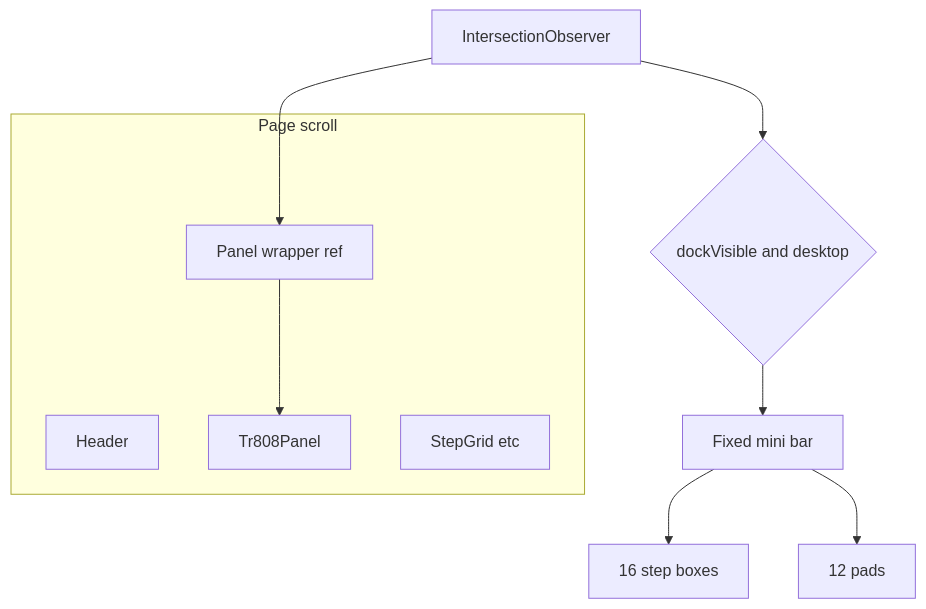
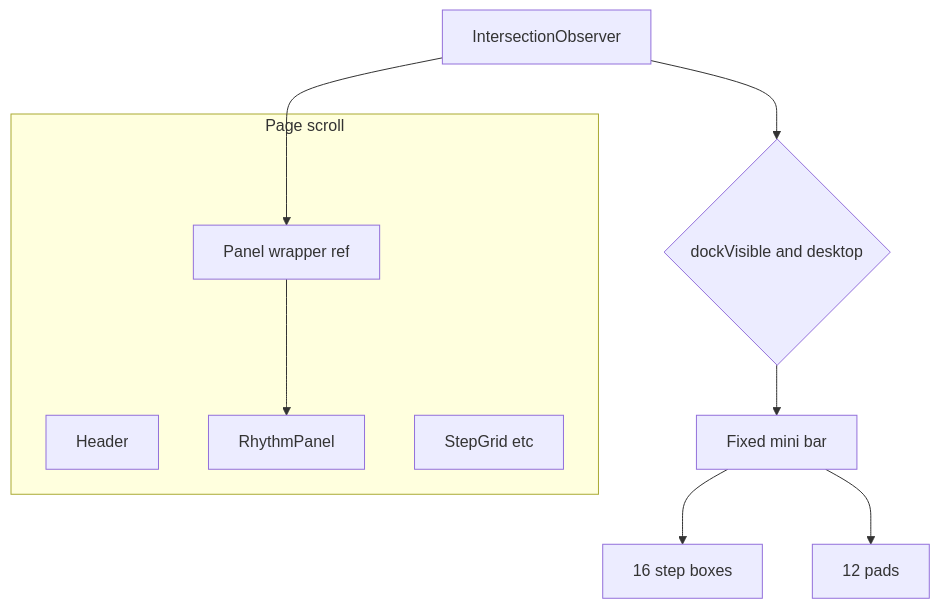
The diagram in .cursor/plans/sticky_pads_step_dock_567ee55c.plan.md (erikholmberg/80808), drawn with Mermaid before and after one commit. The commit also changed other lines of this file and 3 other files, not shown here.

````diff
--- a/.cursor/plans/sticky_pads_step_dock_567ee55c.plan.md
+++ b/.cursor/plans/sticky_pads_step_dock_567ee55c.plan.md
@@ -41,15 +41,15 @@
 ```mermaid
 flowchart TB
   subgraph scroll [Page scroll]
     Header
     PanelWrap[Panel wrapper ref]
-    Tr808[Tr808Panel]
+    RhythmPanel[RhythmPanel]
     Seq[StepGrid etc]
   end
-  PanelWrap --> Tr808
+  PanelWrap --> RhythmPanel
   IO[IntersectionObserver] --> PanelWrap
   IO --> DockVisible{dockVisible and desktop}
   DockVisible --> FixedBar[Fixed mini bar]
   FixedBar --> StepsRow[16 step boxes]
   FixedBar --> Pads[12 pads]
 ```
````
